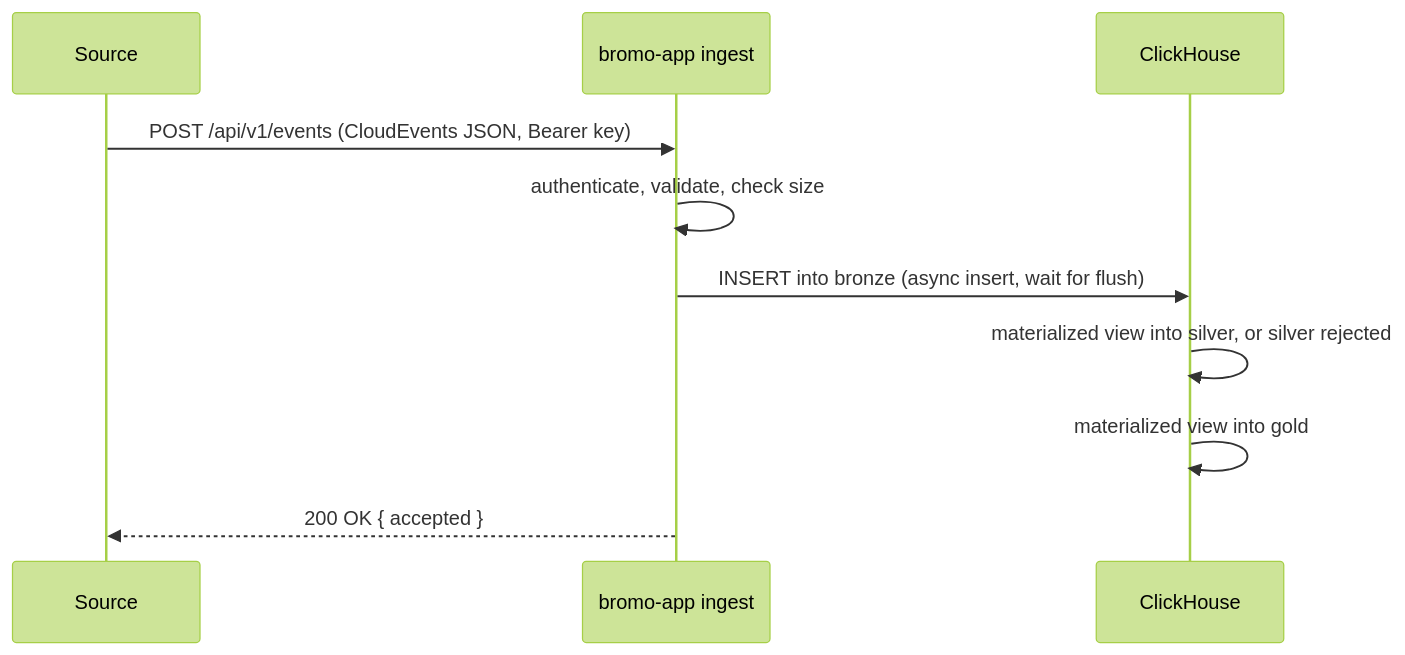
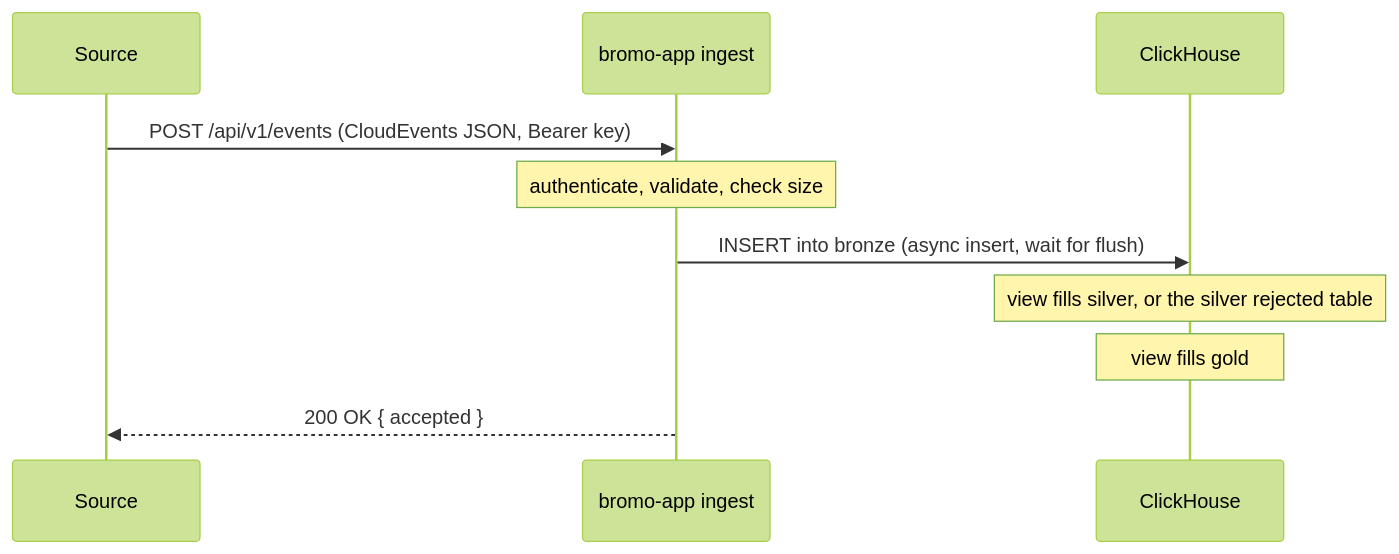
Before and after one commit to raihanpka/streaming-elt-clickhouse-with-ai: the second of 2 diagrams in docs/ARCHITECTURE.md, drawn with Mermaid (forest theme). The commit also changed other lines of this file and 1 other file, not shown here.

Commit message:
docs(docs): redraw the architecture diagrams without crossing lines

````diff
--- a/docs/ARCHITECTURE.md
+++ b/docs/ARCHITECTURE.md
@@ -86,13 +77,13 @@
 ```mermaid
 sequenceDiagram
     participant S as Source
     participant A as bromo-app ingest
     participant W as ClickHouse
 
     S->>A: POST /api/v1/events (CloudEvents JSON, Bearer key)
-    A->>A: authenticate, validate, check size
+    Note over A: authenticate, validate, check size
     A->>W: INSERT into bronze (async insert, wait for flush)
-    W->>W: materialized view into silver, or silver rejected
-    W->>W: materialized view into gold
+    Note over W: view fills silver, or the silver rejected table
+    Note over W: view fills gold
     A-->>S: 200 OK { accepted }
 ```
````
